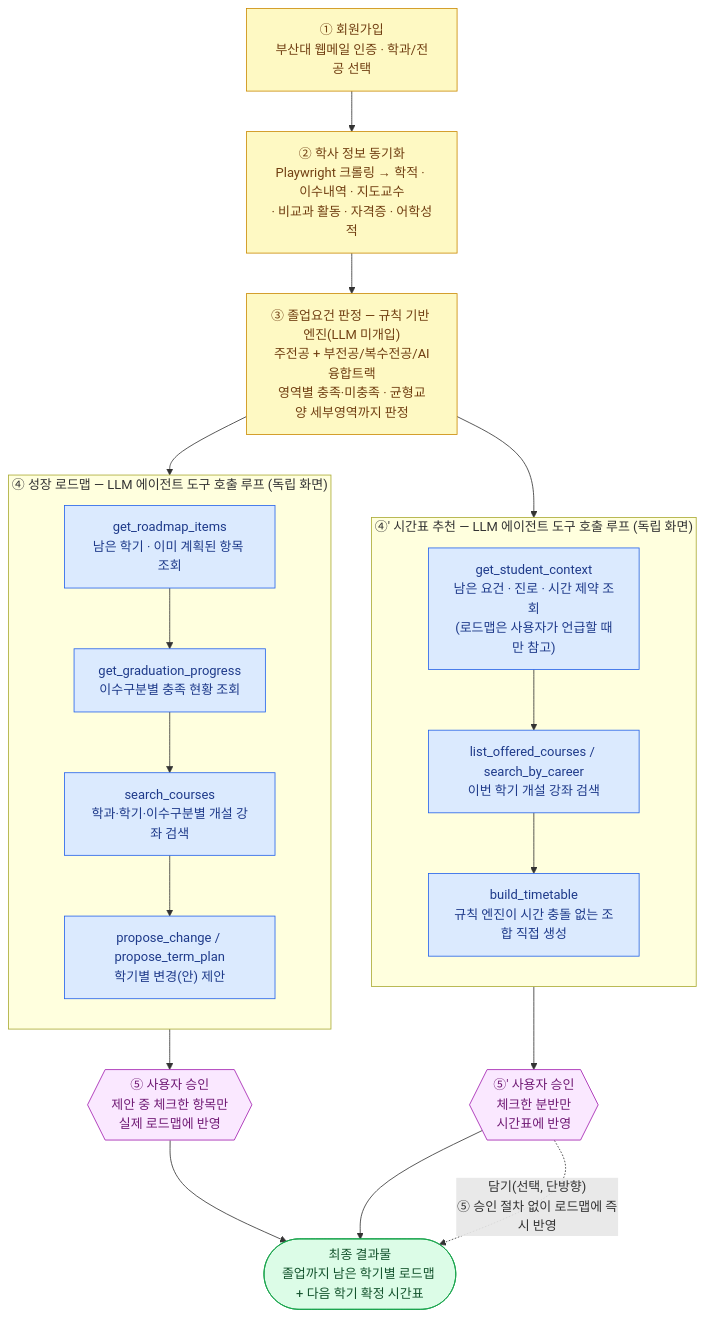
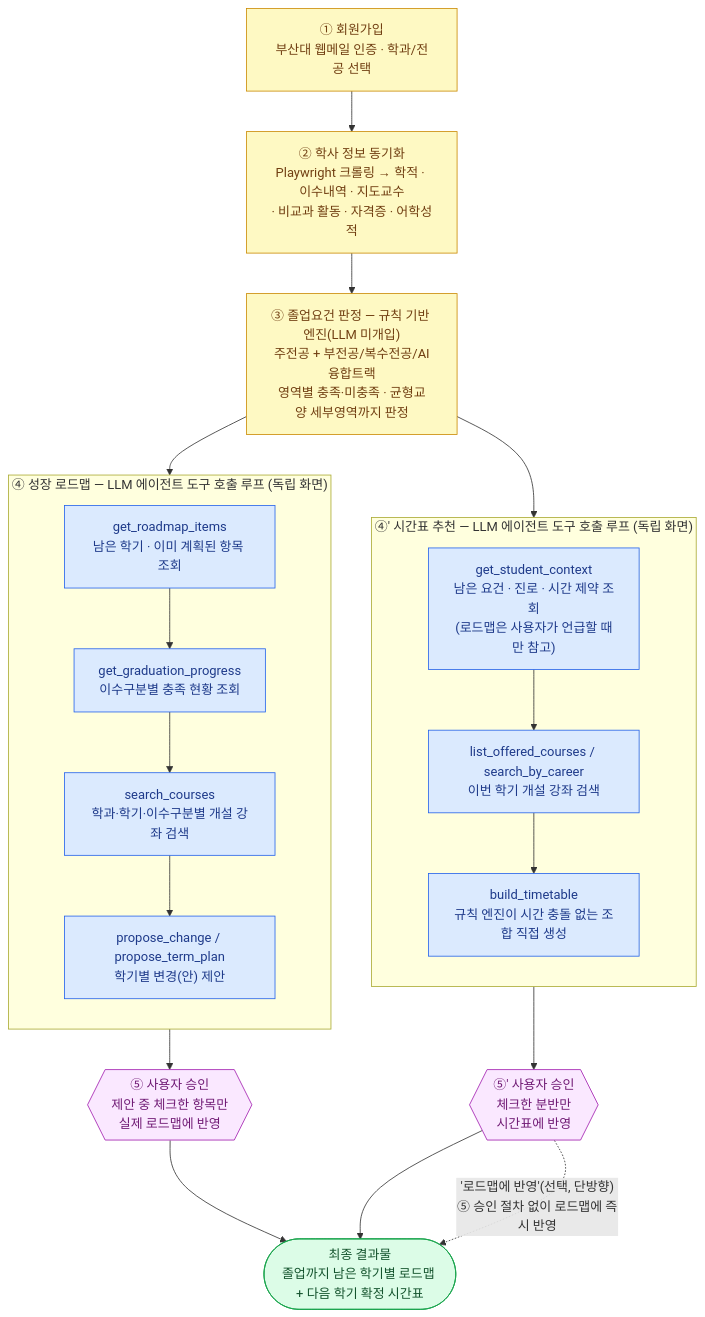
The third of 3 diagrams in README.md (PNU-2026-AI-Hackathon/pnuai-a-03-team-u), drawn with Mermaid before and after one commit. The commit also changed other lines of this file and 1 other file, not shown here.

First line of the commit message:
fix(readme): "담기"→"로드맵에 반영" 버튼 명칭 정정

````diff
--- a/README.md
+++ b/README.md
@@ -165,43 +165,43 @@
 ```mermaid
 flowchart TB
     SIGNUP["① 회원가입<br/>부산대 웹메일 인증 · 학과/전공 선택"]
     SYNC["② 학사 정보 동기화<br/>Playwright 크롤링 → 학적 · 이수내역 · 지도교수<br/>· 비교과 활동 · 자격증 · 어학성적"]
     RULE["③ 졸업요건 판정 — 규칙 기반 엔진(LLM 미개입)<br/>주전공 + 부전공/복수전공/AI융합트랙<br/>영역별 충족·미충족 · 균형교양 세부영역까지 판정"]
 
     subgraph RM["④ 성장 로드맵 — LLM 에이전트 도구 호출 루프 (독립 화면)"]
         direction TB
         RM1["get_roadmap_items<br/>남은 학기 · 이미 계획된 항목 조회"]
         RM2["get_graduation_progress<br/>이수구분별 충족 현황 조회"]
         RM3["search_courses<br/>학과·학기·이수구분별 개설 강좌 검색"]
         RM4["propose_change / propose_term_plan<br/>학기별 변경(안) 제안"]
         RM1 --> RM2 --> RM3 --> RM4
     end
 
     subgraph TT["④' 시간표 추천 — LLM 에이전트 도구 호출 루프 (독립 화면)"]
         direction TB
         TT1["get_student_context<br/>남은 요건 · 진로 · 시간 제약 조회<br/>(로드맵은 사용자가 언급할 때만 참고)"]
         TT2["list_offered_courses / search_by_career<br/>이번 학기 개설 강좌 검색"]
         TT3["build_timetable<br/>규칙 엔진이 시간 충돌 없는 조합 직접 생성"]
         TT1 --> TT2 --> TT3
     end
 
     APPROVE1{{"⑤ 사용자 승인<br/>제안 중 체크한 항목만<br/>실제 로드맵에 반영"}}
     APPROVE2{{"⑤' 사용자 승인<br/>체크한 분반만<br/>시간표에 반영"}}
     RESULT(["최종 결과물<br/>졸업까지 남은 학기별 로드맵 + 다음 학기 확정 시간표"])
 
     SIGNUP --> SYNC --> RULE
     RULE --> RM
     RULE --> TT
     RM4 --> APPROVE1 --> RESULT
     TT3 --> APPROVE2 --> RESULT
-    APPROVE2 -. "담기(선택, 단방향)<br/>⑤ 승인 절차 없이 로드맵에 즉시 반영" .-> RESULT
+    APPROVE2 -. "'로드맵에 반영'(선택, 단방향)<br/>⑤ 승인 절차 없이 로드맵에 즉시 반영" .-> RESULT
 
     classDef rule fill:#fef9c3,stroke:#ca8a04,color:#713f12
     classDef agent fill:#dbeafe,stroke:#2563eb,color:#1e3a8a
     classDef human fill:#fae8ff,stroke:#a21caf,color:#701a75
     classDef result fill:#dcfce7,stroke:#16a34a,color:#14532d
     class SIGNUP,SYNC,RULE rule
     class RM1,RM2,RM3,RM4,TT1,TT2,TT3 agent
     class APPROVE1,APPROVE2 human
     class RESULT result
 ```
````
